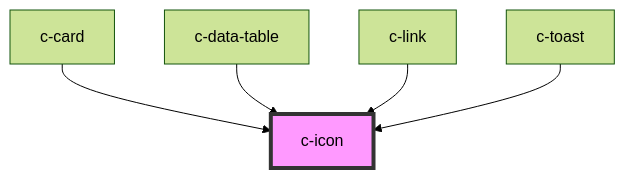
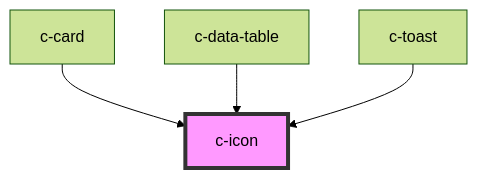
Before and after one commit to CSCfi/ui: the diagram in packages/csc-ui/src/components/c-icon/readme.md, drawn with Mermaid (forest theme). The commit also changed other lines of this file and 6 other files, not shown here.

Commit message:
refactor!: Simplified c-link usage with an icon

````diff
--- a/packages/csc-ui/src/components/c-icon/readme.md
+++ b/packages/csc-ui/src/components/c-icon/readme.md
@@ -27,8 +26,7 @@
 ```mermaid
 graph TD;
   c-card --> c-icon
   c-data-table --> c-icon
-  c-link --> c-icon
   c-toast --> c-icon
   style c-icon fill:#f9f,stroke:#333,stroke-width:4px
 ```
````
